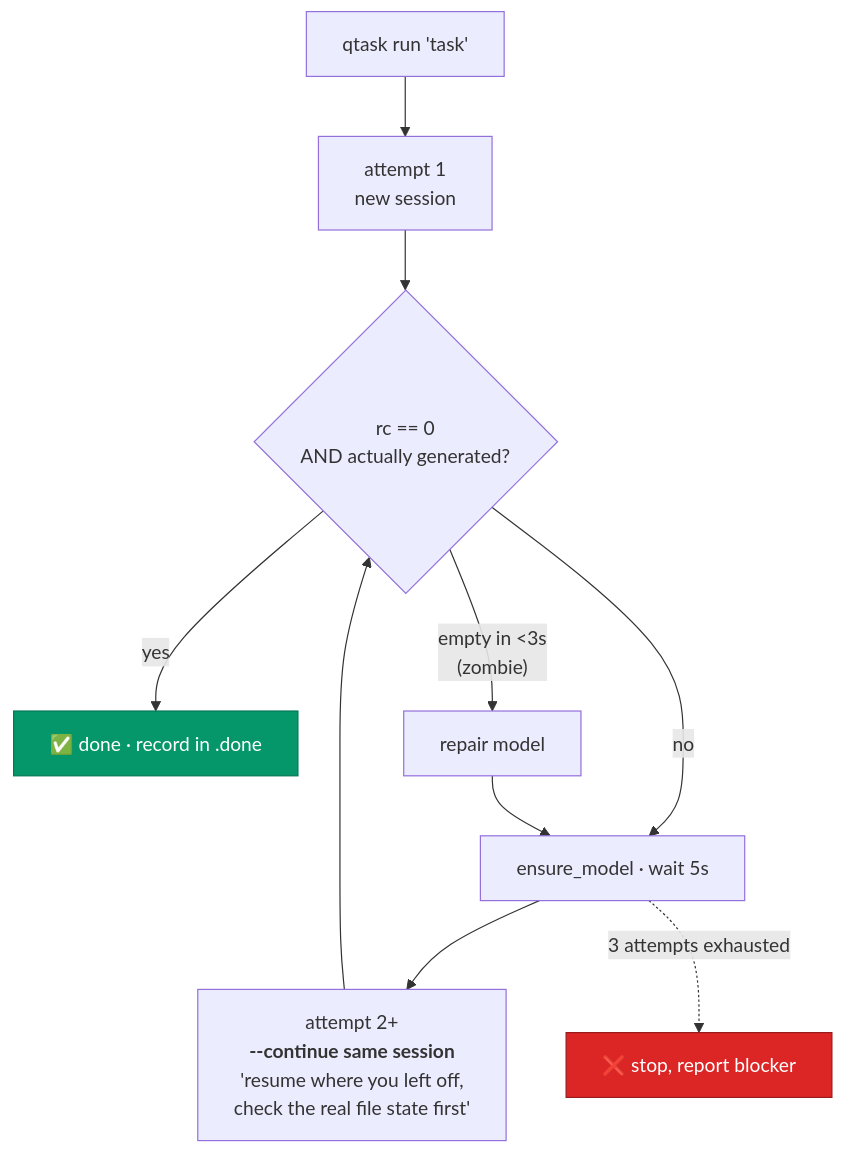
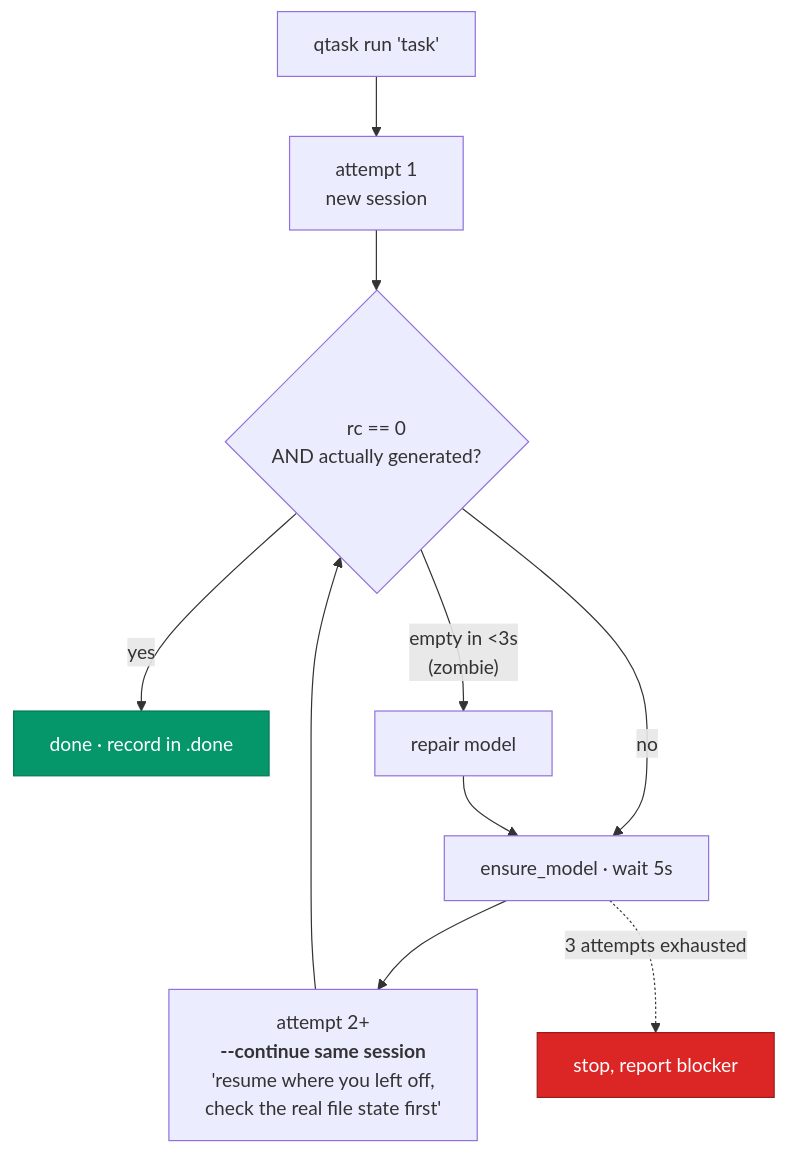
One commit to espinosacodes/local-llm-longrun changed the fifth of 5 diagrams in README.md. Above: the diagram before and after it, drawn with Mermaid. The commit also changed other lines of this file, not shown here.

Commit message:
docs: quita emojis de los diagramas

````diff
--- a/README.md
+++ b/README.md
@@ -269,17 +269,17 @@
 ```mermaid
 flowchart TB
     A["qtask run 'task'"] --> B["attempt 1<br/>new session"]
     B --> C{rc == 0<br/>AND actually generated?}
-    C -->|yes| OK["✅ done · record in .done"]
+    C -->|yes| OK["done · record in .done"]
     C -->|"empty in <3s<br/>(zombie)"| Z["repair model"]
     C -->|no| R["ensure_model · wait 5s"]
     Z --> R
     R --> D["attempt 2+<br/><b>--continue same session</b><br/>'resume where you left off,<br/>check the real file state first'"]
     D --> C
-    R -.->|"3 attempts exhausted"| F["❌ stop, report blocker"]
+    R -.->|"3 attempts exhausted"| F["stop, report blocker"]
 
     classDef ok fill:#059669,stroke:#047857,color:#fff
     classDef bad fill:#dc2626,stroke:#991b1b,color:#fff
     class OK ok
     class F bad
 ```
````
